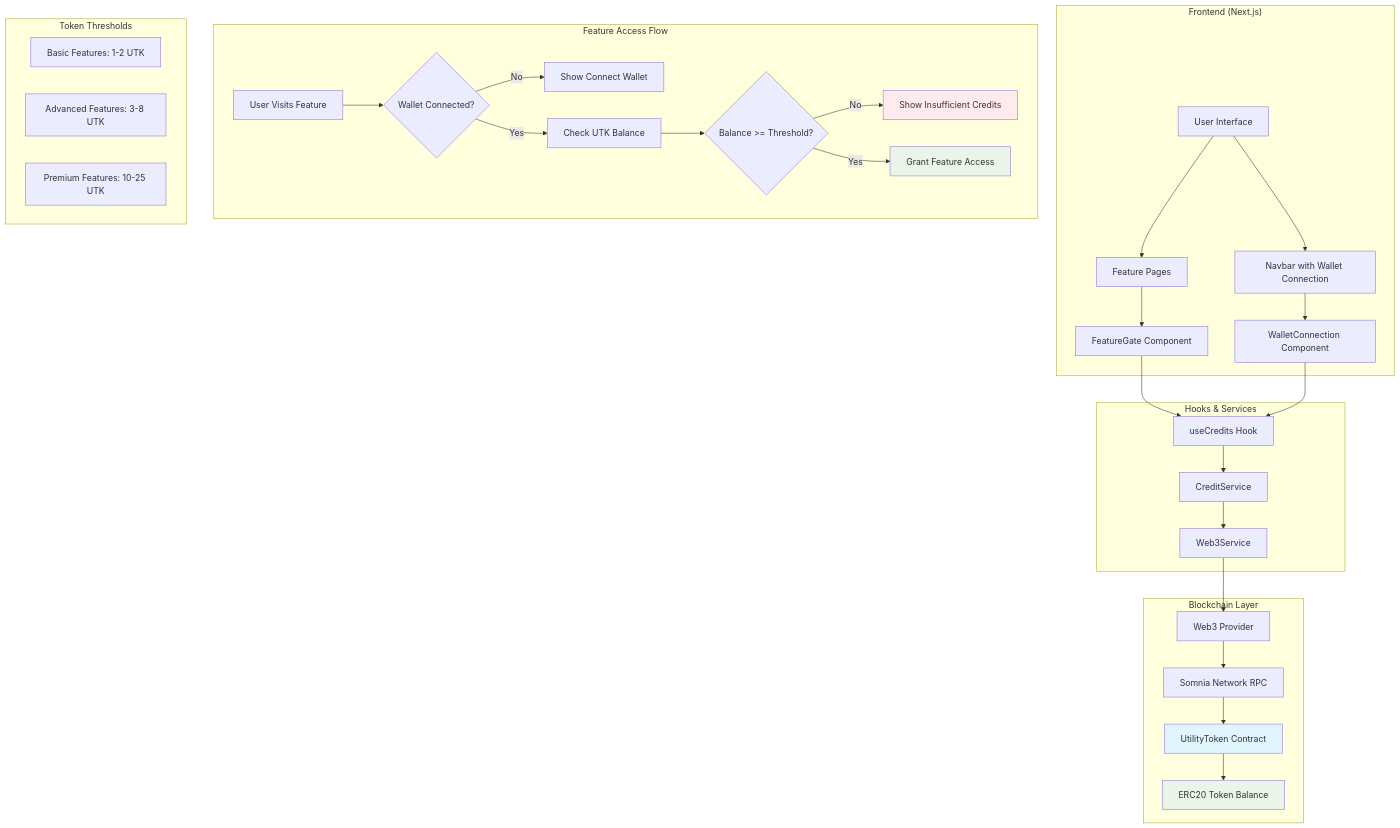
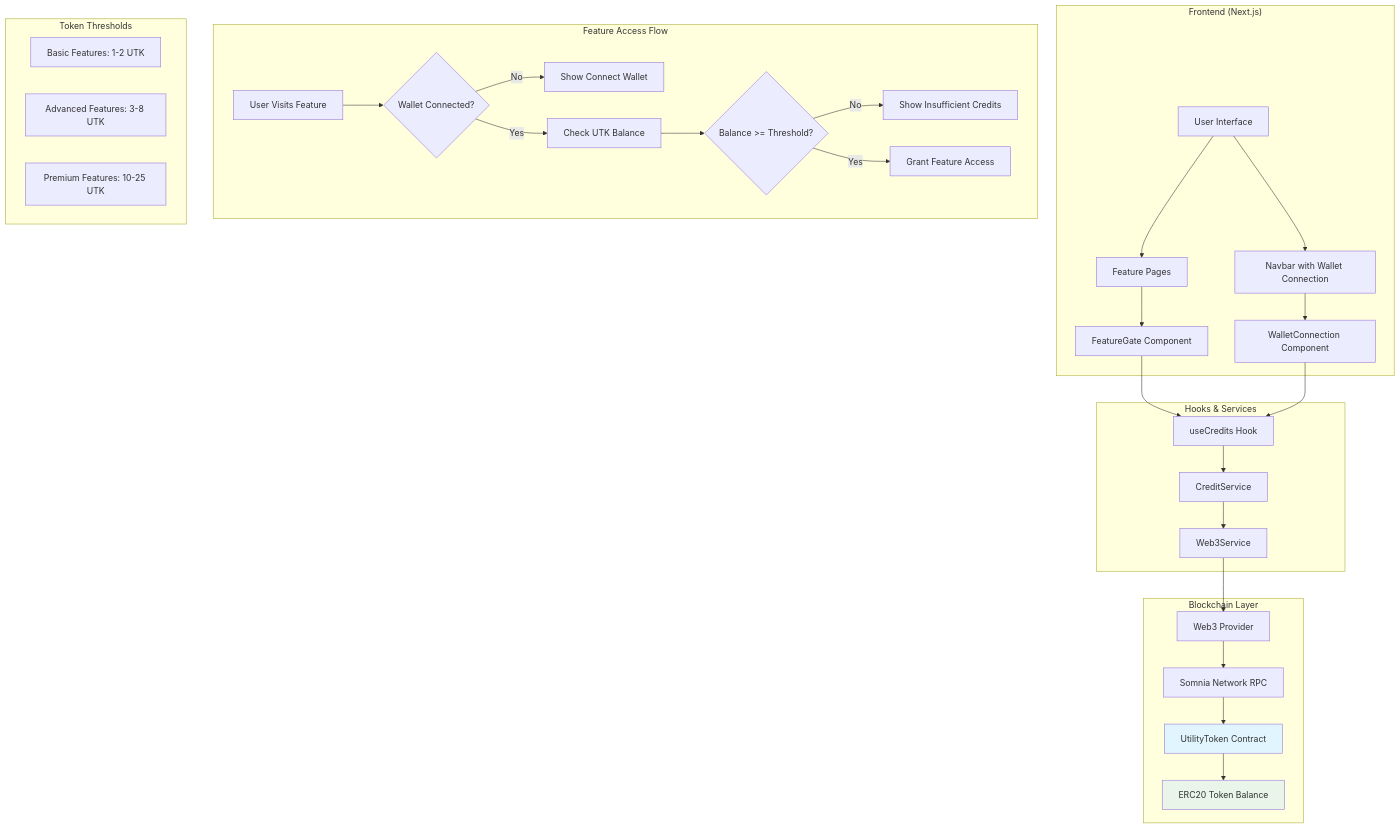
One commit to Ujjwal-sinha/SageAi- changed the first of 6 diagrams in README.md. Above: the diagram before and after it, drawn with Mermaid. The commit also changed other lines of this file, not shown here.

````diff
--- a/README.md
+++ b/README.md
@@ -61,43 +137,41 @@
 ```mermaid
 graph TB
     subgraph "Frontend (Next.js)"
         A[User Interface] --> B[Navbar with Wallet Connection]
         A --> C[Feature Pages]
         C --> D[FeatureGate Component]
         B --> E[WalletConnection Component]
     end
     
     subgraph "Hooks & Services"
         D --> F[useCredits Hook]
         E --> F
         F --> G[CreditService]
         G --> H[Web3Service]
     end
     
     subgraph "Blockchain Layer"
         H --> I[Web3 Provider]
         I --> J[Somnia Network RPC]
         J --> K[UtilityToken Contract]
         K --> L[ERC20 Token Balance]
     end
     
     subgraph "Feature Access Flow"
         M[User Visits Feature] --> N{Wallet Connected?}
         N -->|No| O[Show Connect Wallet]
         N -->|Yes| P[Check UTK Balance]
         P --> Q{Balance >= Threshold?}
         Q -->|No| R[Show Insufficient Credits]
         Q -->|Yes| S[Grant Feature Access]
     end
     
     subgraph "Token Thresholds"
         T[Basic Features: 1-2 UTK]
         U[Advanced Features: 3-8 UTK]
         V[Premium Features: 10-25 UTK]
     end
     
     style K fill:#e1f5fe
     style L fill:#e8f5e8
-    style S fill:#e8f5e8
-    style R fill:#ffebee
 ```
````
